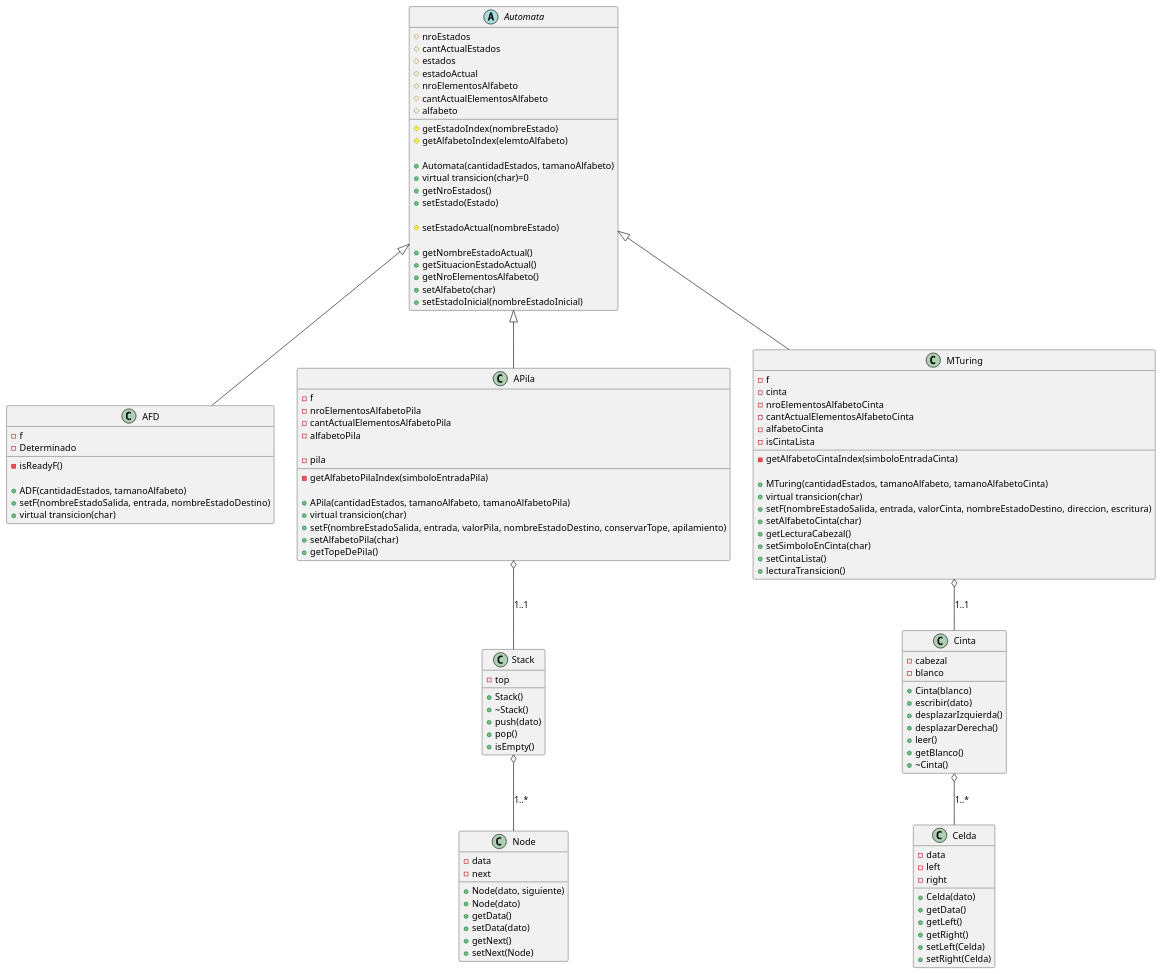
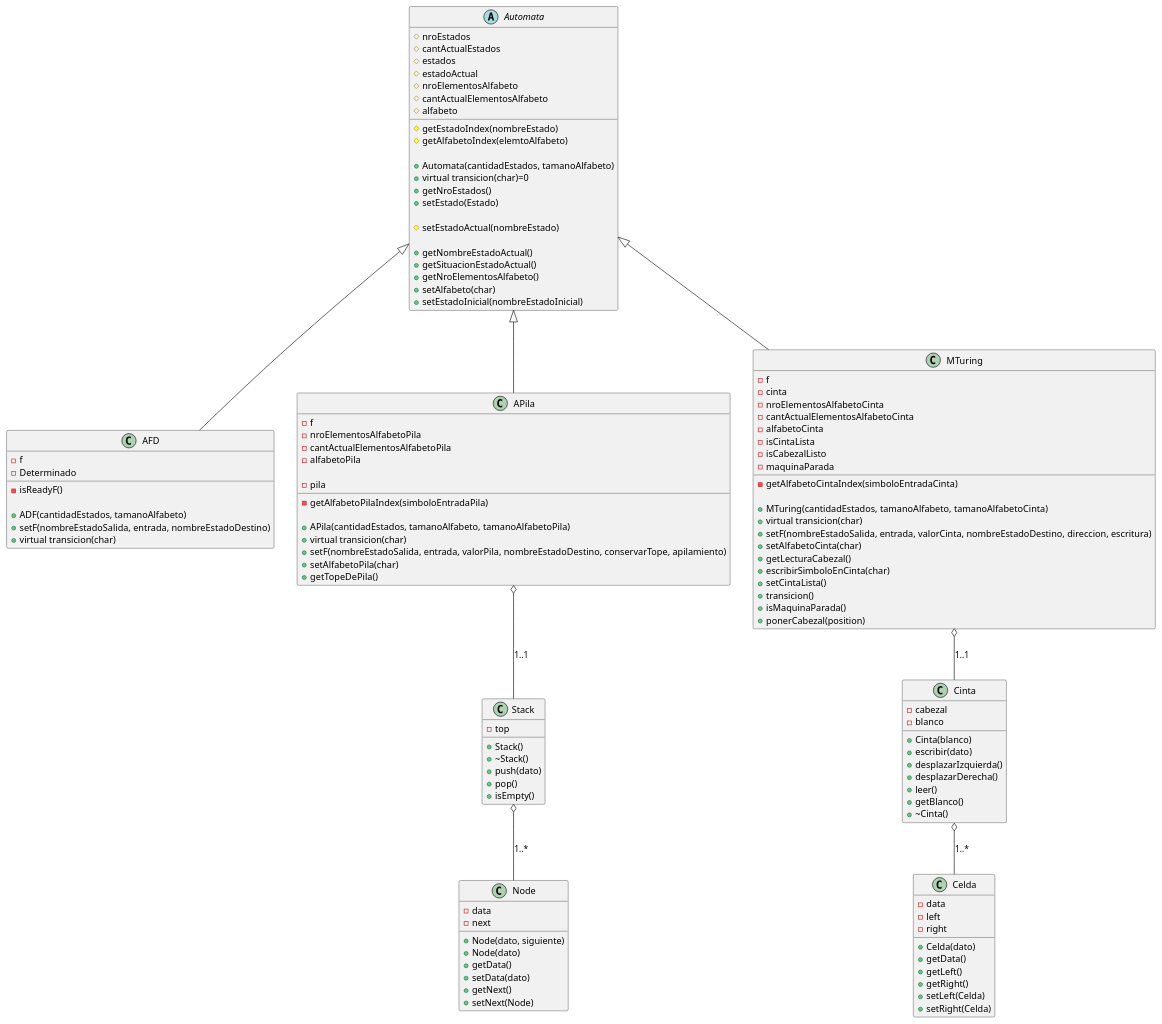
The diagram in Diagrama_UML/scratch.puml (FrancoBobadilla/Maquinas-secuenciales), drawn with PlantUML before and after one commit. The commit also changed 2 other files, not shown here.

Commit message:
El usuario elige el blanco. Se introducen maquinaParada y ponerCabezal. Se corrige error grave de punteros

```diff
--- a/Diagrama_UML/scratch.puml
+++ b/Diagrama_UML/scratch.puml
@@ -1,129 +1,133 @@
 @startuml
 
 Automata <|-- AFD
 Automata <|-- APila
 Automata <|-- MTuring
 
 APila o-- Stack : 1..1
 Stack o-- Node : 1..*
 
 MTuring o-- Cinta : 1..1
 Cinta o-- Celda : 1..*
 
-Abstract Class Automata {
+abstract class Automata {
 #nroEstados
 #cantActualEstados
 #estados
 #estadoActual
 #nroElementosAlfabeto
 #cantActualElementosAlfabeto
 #alfabeto
 #getEstadoIndex(nombreEstado)
 #getAlfabetoIndex(elemtoAlfabeto)
 
 +Automata(cantidadEstados, tamanoAlfabeto)
 +virtual transicion(char)=0
 +getNroEstados()
 +setEstado(Estado)
 
 #setEstadoActual(nombreEstado)
 
 +getNombreEstadoActual()
 +getSituacionEstadoActual()
 +getNroElementosAlfabeto()
 +setAlfabeto(char)
 +setEstadoInicial(nombreEstadoInicial)
 }
 
 class AFD{
 - f
 -Determinado
 -isReadyF()
 
 +ADF(cantidadEstados, tamanoAlfabeto)
 +setF(nombreEstadoSalida, entrada, nombreEstadoDestino)
 +virtual transicion(char)
 }
 
 class APila{
 - f
 -nroElementosAlfabetoPila
 -cantActualElementosAlfabetoPila
 -alfabetoPila
 
 -pila
 -getAlfabetoPilaIndex(simboloEntradaPila)
 
 +APila(cantidadEstados, tamanoAlfabeto, tamanoAlfabetoPila)
 +virtual transicion(char)
 +setF(nombreEstadoSalida, entrada, valorPila, nombreEstadoDestino, conservarTope, apilamiento)
 +setAlfabetoPila(char)
 +getTopeDePila()
 }
 
 class Stack{
 -top
 +Stack()
 +~Stack()
 +push(dato)
 +pop()
 +isEmpty()
 }
 
 class Node {
 -data
 -next
 +Node(dato, siguiente)
 +Node(dato)
 +getData()
 +setData(dato)
 +getNext()
 +setNext(Node)
 }
 
 class MTuring{
 - f
 -cinta
 -nroElementosAlfabetoCinta
 -cantActualElementosAlfabetoCinta
 -alfabetoCinta
 -isCintaLista
+-isCabezalListo
+-maquinaParada
 
 -getAlfabetoCintaIndex(simboloEntradaCinta)
 
 +MTuring(cantidadEstados, tamanoAlfabeto, tamanoAlfabetoCinta)
 +virtual transicion(char)
 +setF(nombreEstadoSalida, entrada, valorCinta, nombreEstadoDestino, direccion, escritura)
 +setAlfabetoCinta(char)
 +getLecturaCabezal()
-+setSimboloEnCinta(char)
++escribirSimboloEnCinta(char)
 +setCintaLista()
-+lecturaTransicion()
++transicion()
++isMaquinaParada()
++ponerCabezal(position)
 }
 
 
 class Cinta{
 -cabezal
 -blanco
 +Cinta(blanco)
 +escribir(dato)
 +desplazarIzquierda()
 +desplazarDerecha()
 +leer()
 +getBlanco()
 +~Cinta()
 }
 
 class Celda{
 -data
 -left
 -right
 +Celda(dato)
 +getData()
 +getLeft()
 +getRight()
 +setLeft(Celda)
 +setRight(Celda)
 }
 
 @enduml
```
